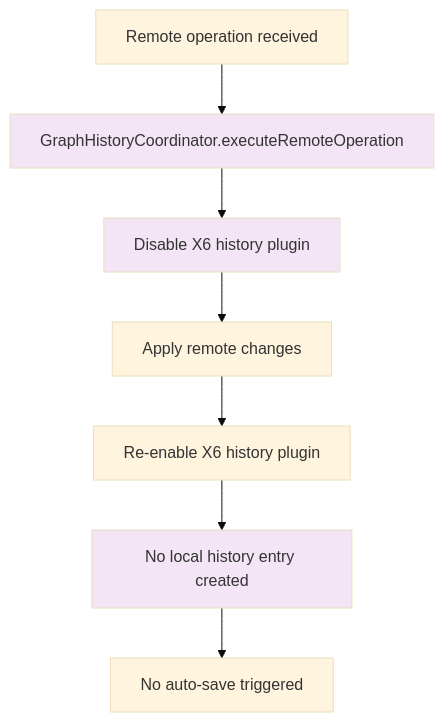
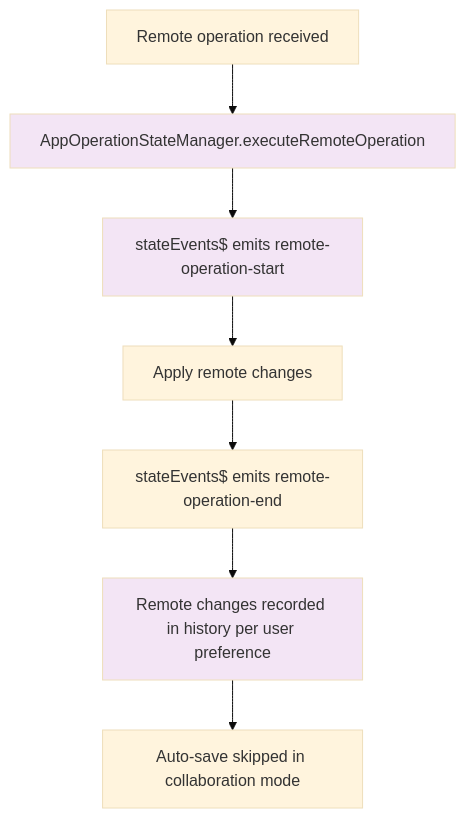
The ninth of 15 diagrams in docs/migrated/reference/architecture/dfd-change-propagation/autosave-decision-tree.md (ericfitz/tmi-ux), drawn with Mermaid (base theme) before and after one commit. The commit also changed other lines of this file and 1 other file, not shown here.

````diff
--- a/docs/migrated/reference/architecture/dfd-change-propagation/autosave-decision-tree.md
+++ b/docs/migrated/reference/architecture/dfd-change-propagation/autosave-decision-tree.md
@@ -224,13 +227,13 @@
 ```mermaid
 flowchart TD
-    A[Remote operation received] --> B[GraphHistoryCoordinator.executeRemoteOperation]
-    B --> C[Disable X6 history plugin]
+    A[Remote operation received] --> B[AppOperationStateManager.executeRemoteOperation]
+    B --> C[stateEvents$ emits remote-operation-start]
     C --> D[Apply remote changes]
-    D --> E[Re-enable X6 history plugin]
-    E --> F[No local history entry created]
-    F --> G[No auto-save triggered]
+    D --> E[stateEvents$ emits remote-operation-end]
+    E --> F[Remote changes recorded in history per user preference]
+    F --> G[Auto-save skipped in collaboration mode]
 
     style B fill:#f3e5f5
     style C fill:#f3e5f5
     style F fill:#f3e5f5
 ```
````
